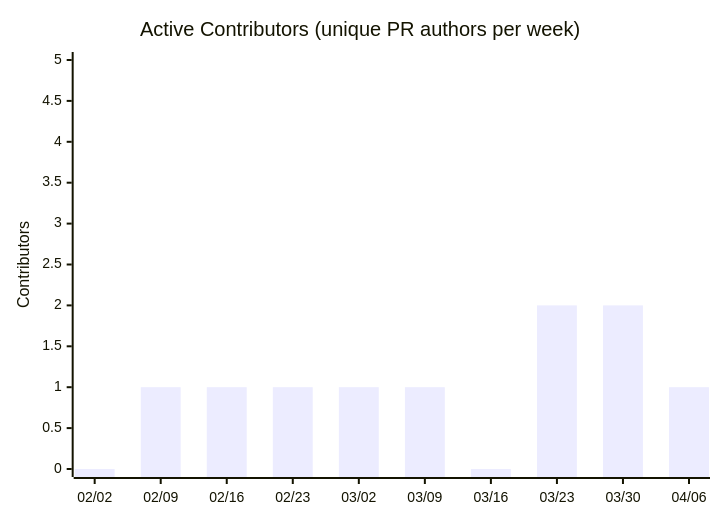
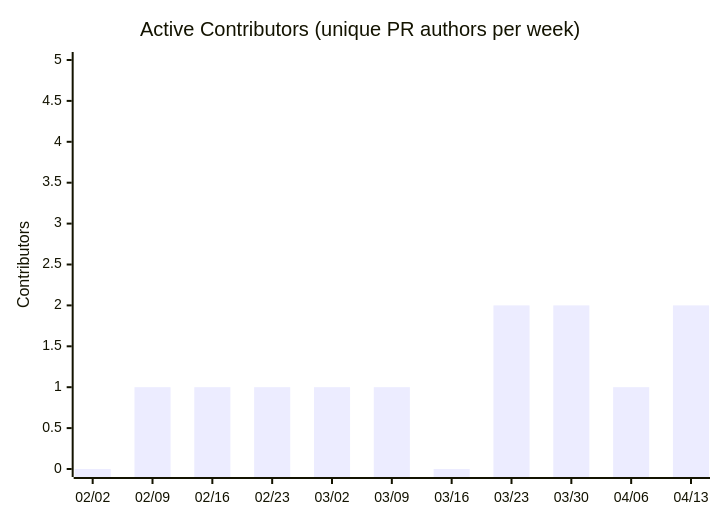
Before and after one commit to nablarch/nabledge-dev: the seventh of 14 diagrams in docs/metrics.md, drawn with Mermaid. The commit also changed other lines of this file and 2 other files, not shown here.

````diff
--- a/docs/metrics.md
+++ b/docs/metrics.md
@@ -109,7 +109,7 @@
 ```mermaid
 xychart-beta
   title "Active Contributors (unique PR authors per week)"
-  x-axis ["02/02", "02/09", "02/16", "02/23", "03/02", "03/09", "03/16", "03/23", "03/30", "04/06"]
+  x-axis ["02/02", "02/09", "02/16", "02/23", "03/02", "03/09", "03/16", "03/23", "03/30", "04/06", "04/13"]
   y-axis "Contributors" 0 --> 5
-  bar [0, 1, 1, 1, 1, 1, 0, 2, 2, 1]
+  bar [0, 1, 1, 1, 1, 1, 0, 2, 2, 1, 2]
 ```
````
